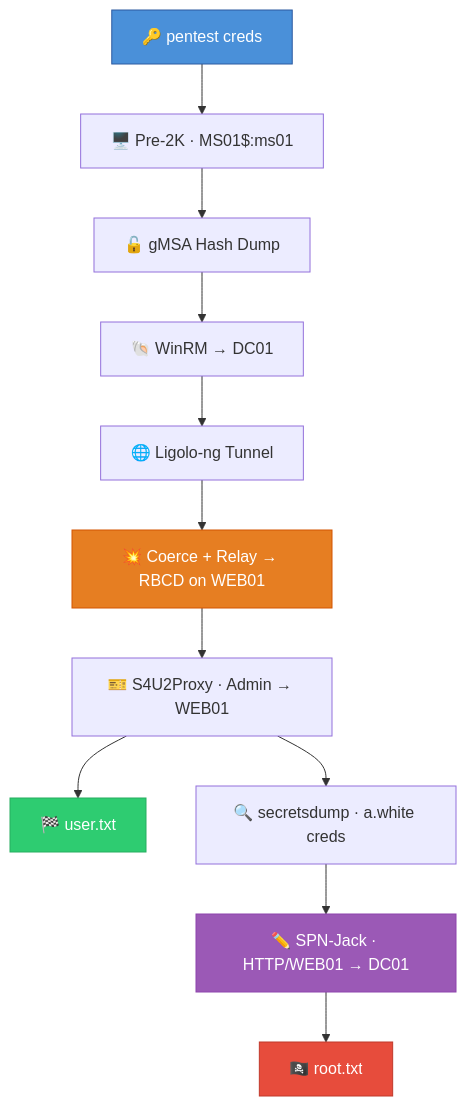
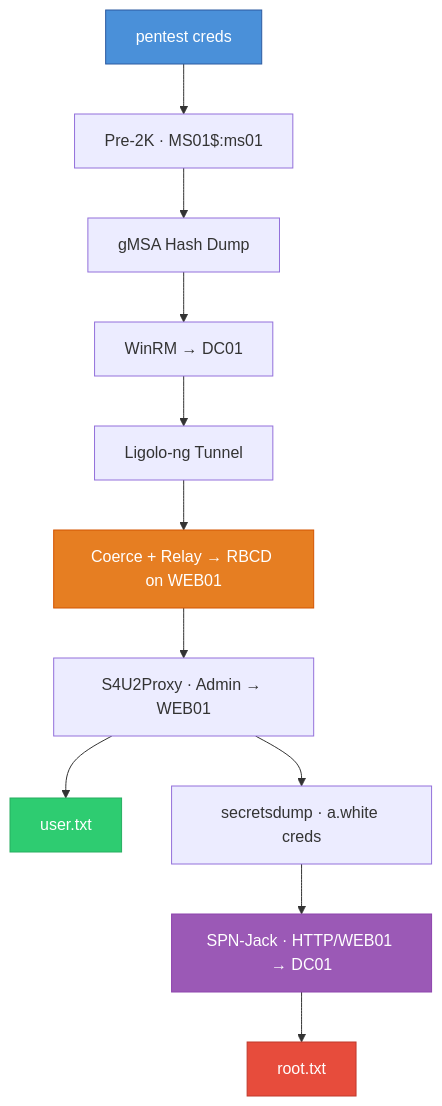
Before and after one commit to Certifa/htb-writeups: the diagram in hard/pirate/README.md, drawn with Mermaid. The commit also changed other lines of this file, not shown here.

````diff
--- a/hard/pirate/README.md
+++ b/hard/pirate/README.md
@@ -19,19 +18,19 @@
 ```mermaid
 graph TD
-    A["🔑 pentest creds"] --> B["🖥️ Pre-2K · MS01$:ms01"]
-    B --> C["🔓 gMSA Hash Dump"]
-    C --> D["🐚 WinRM → DC01"]
-    D --> E["🌐 Ligolo-ng Tunnel"]
-    E --> F["💥 Coerce + Relay → RBCD on WEB01"]
-    F --> G["🎫 S4U2Proxy · Admin → WEB01"]
-    G --> H["🏁 user.txt"]
-    G --> I["🔍 secretsdump · a.white creds"]
-    I --> J["✏️ SPN-Jack · HTTP/WEB01 → DC01"]
-    J --> K["🏴‍☠️ root.txt"]
+    A["pentest creds"] --> B["Pre-2K · MS01$:ms01"]
+    B --> C["gMSA Hash Dump"]
+    C --> D["WinRM → DC01"]
+    D --> E["Ligolo-ng Tunnel"]
+    E --> F["Coerce + Relay → RBCD on WEB01"]
+    F --> G["S4U2Proxy · Admin → WEB01"]
+    G --> H["user.txt"]
+    G --> I["secretsdump · a.white creds"]
+    I --> J["SPN-Jack · HTTP/WEB01 → DC01"]
+    J --> K["root.txt"]
 
     style A fill:#4a90d9,stroke:#2c5aa0,color:#fff
     style H fill:#2ecc71,stroke:#27ae60,color:#fff
     style K fill:#e74c3c,stroke:#c0392b,color:#fff
     style F fill:#e67e22,stroke:#d35400,color:#fff
     style J fill:#9b59b6,stroke:#8e44ad,color:#fff
 ```
````
